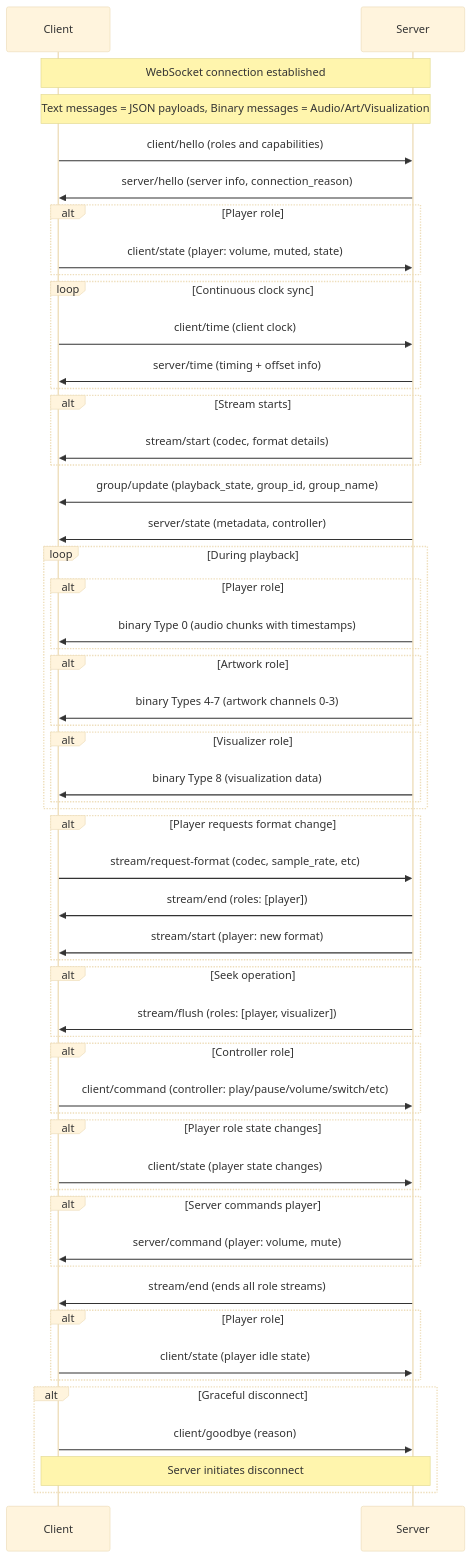
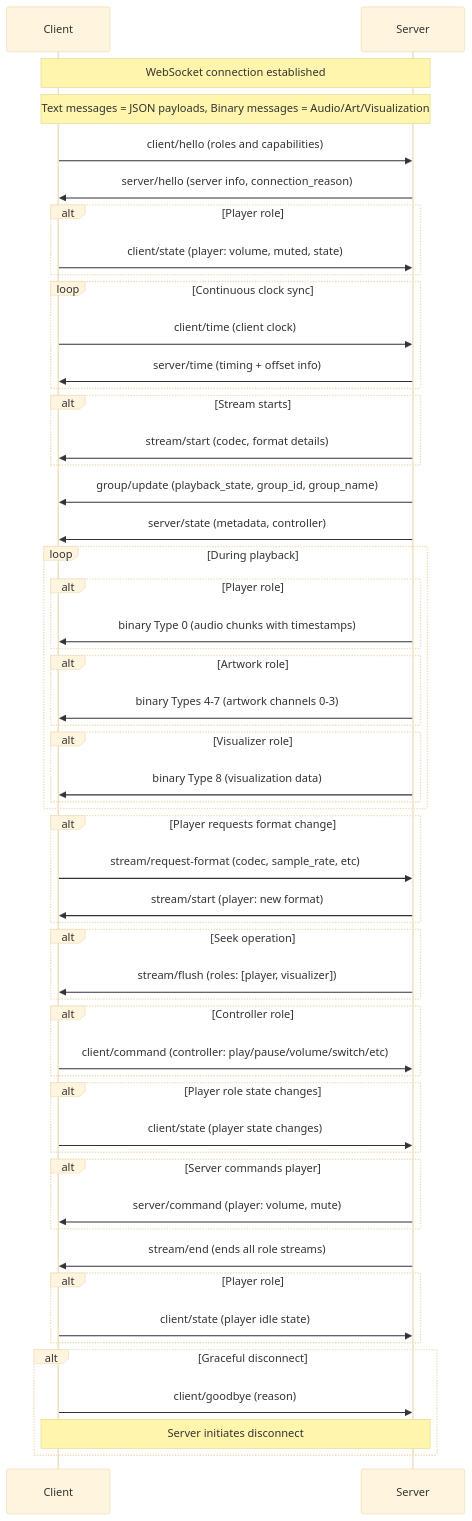
The diagram in README.md (Resonate-Protocol/spec), drawn with Mermaid (base theme) before and after one commit. The commit also changed other lines of this file, not shown here.

First line of the commit message:
Simplify stream lifecycle and playback state documentation

````diff
--- a/README.md
+++ b/README.md
@@ -147,72 +147,71 @@
 ```mermaid
 sequenceDiagram
     participant Client
     participant Server
 
     Note over Client,Server: WebSocket connection established
 
     Note over Client,Server: Text messages = JSON payloads, Binary messages = Audio/Art/Visualization
 
     Client->>Server: client/hello (roles and capabilities)
     Server->>Client: server/hello (server info, connection_reason)
 
     alt Player role
         Client->>Server: client/state (player: volume, muted, state)
     end
 
     loop Continuous clock sync
         Client->>Server: client/time (client clock)
         Server->>Client: server/time (timing + offset info)
     end
 
     alt Stream starts
         Server->>Client: stream/start (codec, format details)
     end
 
     Server->>Client: group/update (playback_state, group_id, group_name)
     Server->>Client: server/state (metadata, controller)
 
     loop During playback
         alt Player role
             Server->>Client: binary Type 0 (audio chunks with timestamps)
         end
         alt Artwork role
             Server->>Client: binary Types 4-7 (artwork channels 0-3)
         end
         alt Visualizer role
             Server->>Client: binary Type 8 (visualization data)
         end
     end
 
     alt Player requests format change
         Client->>Server: stream/request-format (codec, sample_rate, etc)
-        Server->>Client: stream/end (roles: [player])
         Server->>Client: stream/start (player: new format)
     end
 
     alt Seek operation
         Server->>Client: stream/flush (roles: [player, visualizer])
     end
 
     alt Controller role
         Client->>Server: client/command (controller: play/pause/volume/switch/etc)
     end
 
     alt Player role state changes
         Client->>Server: client/state (player state changes)
     end
 
     alt Server commands player
         Server->>Client: server/command (player: volume, mute)
     end
 
     Server->>Client: stream/end (ends all role streams)
     alt Player role
         Client->>Server: client/state (player idle state)
     end
 
     alt Graceful disconnect
         Client->>Server: client/goodbye (reason)
         Note over Client,Server: Server initiates disconnect
     end
 ```
````
